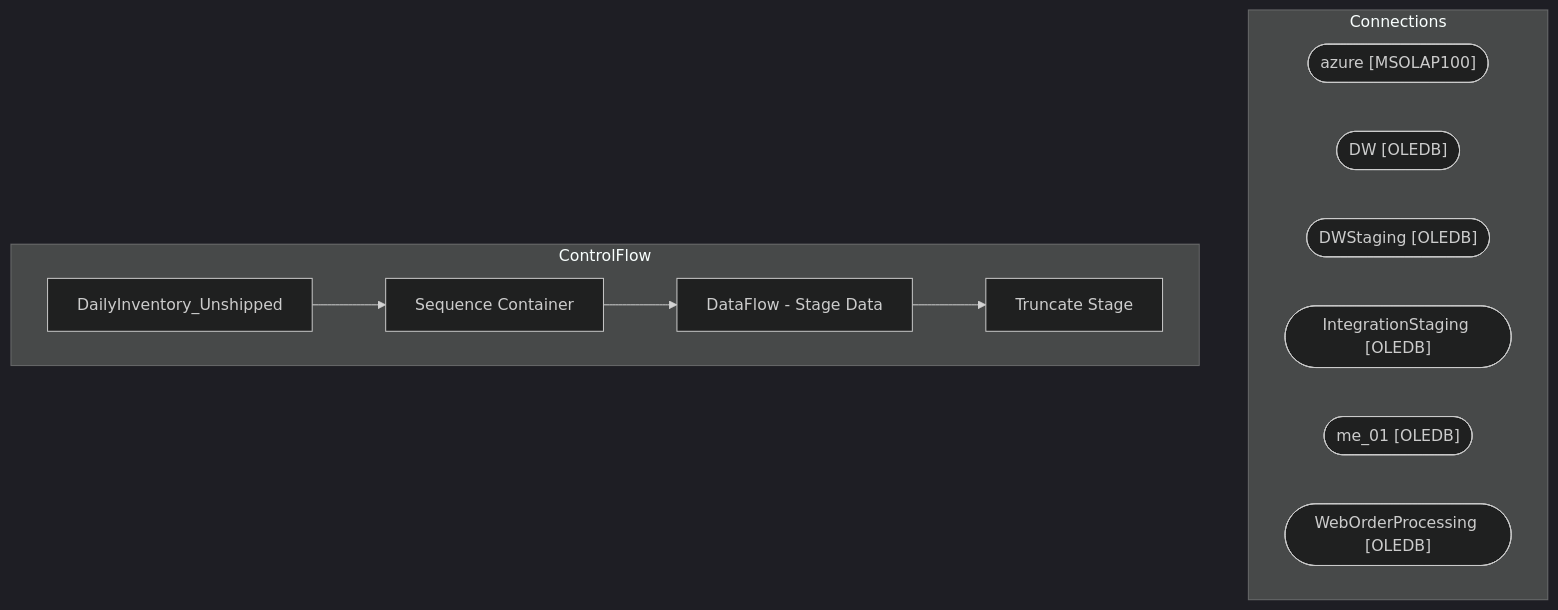
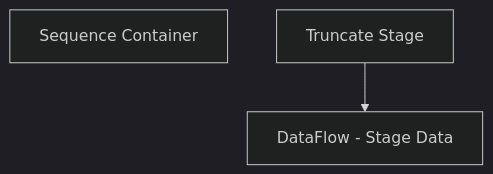
Before and after one commit to juanandresbrain/BABSkills: the diagram in bab-docs-explorer/Documentation/STL-SSIS-P-01/SSIS/Azure/DailyInventory_Unshipped.DailyInventory_Unshipped.md, drawn with Mermaid (dark theme). The commit also changed other lines of this file and 273 other files, not shown here.

````diff
--- a/bab-docs-explorer/Documentation/STL-SSIS-P-01/SSIS/Azure/DailyInventory_Unshipped.DailyInventory_Unshipped.md
+++ b/bab-docs-explorer/Documentation/STL-SSIS-P-01/SSIS/Azure/DailyInventory_Unshipped.DailyInventory_Unshipped.md
@@ -9,20 +37,7 @@
 ```mermaid
 flowchart TD
-    subgraph Connections
-        azure_conn(["azure [MSOLAP100]"])
-        DW_conn(["DW [OLEDB]"])
-        DWStaging_conn(["DWStaging [OLEDB]"])
-        IntegrationStaging_conn(["IntegrationStaging [OLEDB]"])
-        me_01_conn(["me_01 [OLEDB]"])
-        WebOrderProcessing_conn(["WebOrderProcessing [OLEDB]"])
-    end
-    subgraph ControlFlow
-        DailyInventory_Unshipped_task["DailyInventory_Unshipped"]
-        Sequence_Container_task["Sequence Container"]
-        DailyInventory_Unshipped_task --> Sequence_Container_task
-        DataFlow___Stage_Data_task["DataFlow - Stage Data"]
-        Sequence_Container_task --> DataFlow___Stage_Data_task
-        Truncate_Stage_task["Truncate Stage"]
-        DataFlow___Stage_Data_task --> Truncate_Stage_task
-    end
+    n_Package_Sequence_Container["Sequence Container"]
+    n_Package_Sequence_Container_DataFlow___Stage_Data["DataFlow - Stage Data"]
+    n_Package_Sequence_Container_Truncate_Stage["Truncate Stage"]
+    n_Package_Sequence_Container_Truncate_Stage --> n_Package_Sequence_Container_DataFlow___Stage_Data
 ```
````
